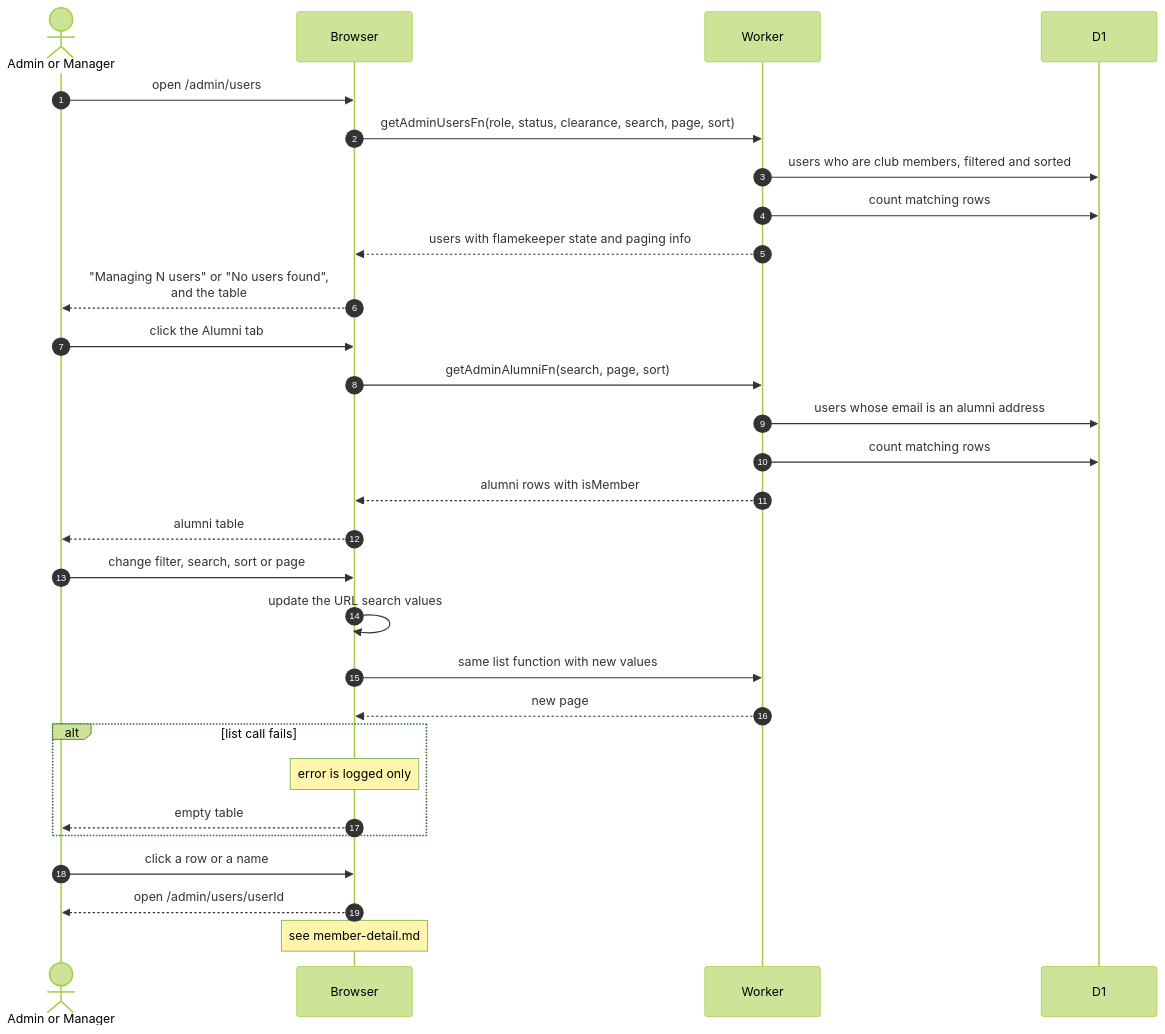
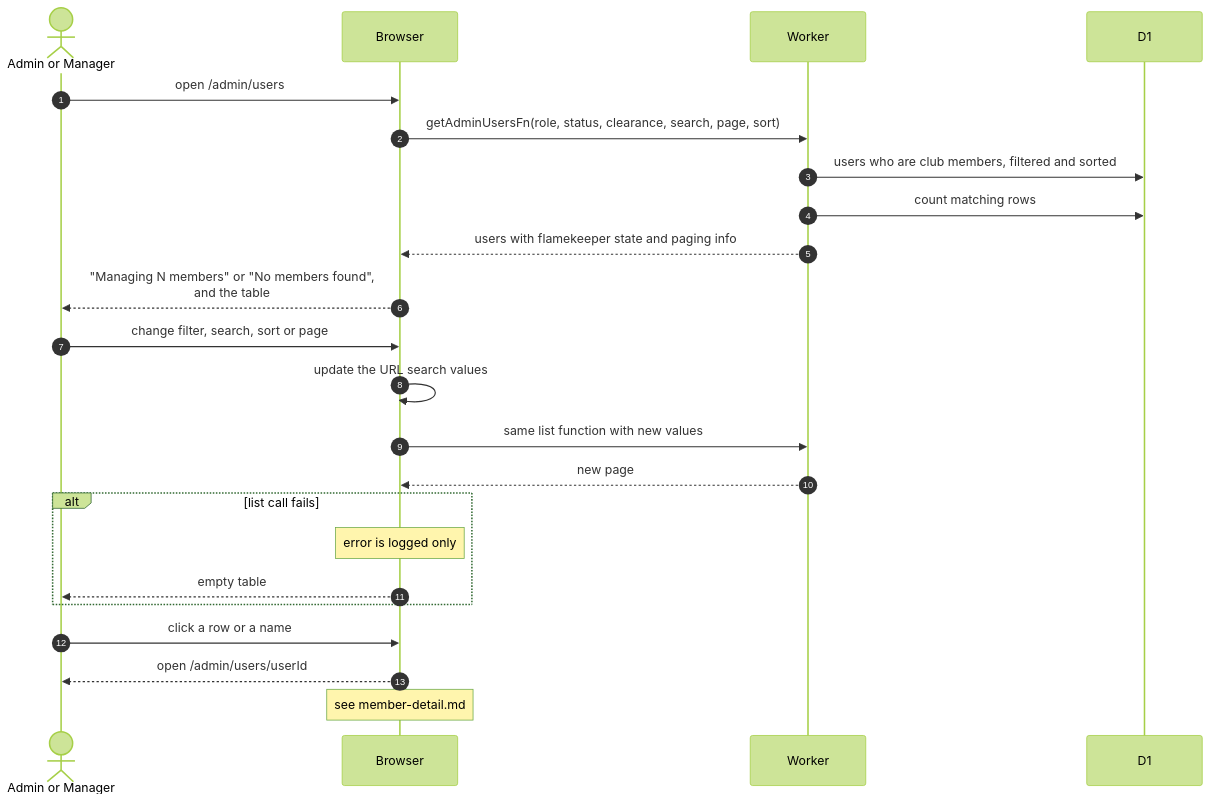
The diagram in docs/scenarios/admin/members-list.md (sagyzdop/meriksirat), drawn with Mermaid (forest theme) before and after one commit. The commit also changed other lines of this file and 33 other files, not shown here.

First line of the commit message:
feat(admin): rename user management to member management

````diff
--- a/docs/scenarios/admin/members-list.md
+++ b/docs/scenarios/admin/members-list.md
@@ -14,32 +14,26 @@
 ```mermaid
 sequenceDiagram
     autonumber
     actor Person as Admin or Manager
     participant Browser
     participant Worker
     participant D1
 
     Person->>Browser: open /admin/users
     Browser->>Worker: getAdminUsersFn(role, status, clearance, search, page, sort)
     Worker->>D1: users who are club members, filtered and sorted
     Worker->>D1: count matching rows
     Worker-->>Browser: users with flamekeeper state and paging info
-    Browser-->>Person: "Managing N users" or "No users found",<br/>and the table
-    Person->>Browser: click the Alumni tab
-    Browser->>Worker: getAdminAlumniFn(search, page, sort)
-    Worker->>D1: users whose email is an alumni address
-    Worker->>D1: count matching rows
-    Worker-->>Browser: alumni rows with isMember
-    Browser-->>Person: alumni table
+    Browser-->>Person: "Managing N members" or "No members found",<br/>and the table
     Person->>Browser: change filter, search, sort or page
     Browser->>Browser: update the URL search values
     Browser->>Worker: same list function with new values
     Worker-->>Browser: new page
     alt list call fails
         Note over Browser: error is logged only
         Browser-->>Person: empty table
     end
     Person->>Browser: click a row or a name
     Browser-->>Person: open /admin/users/userId
     Note over Browser: see member-detail.md
 ```
````
